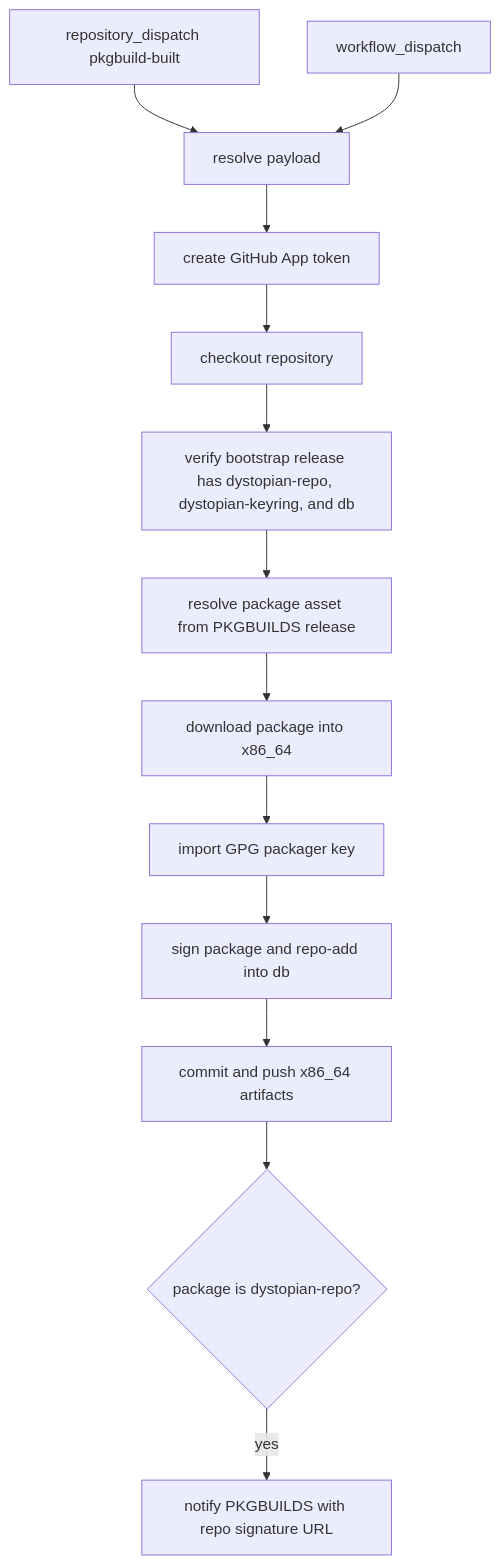
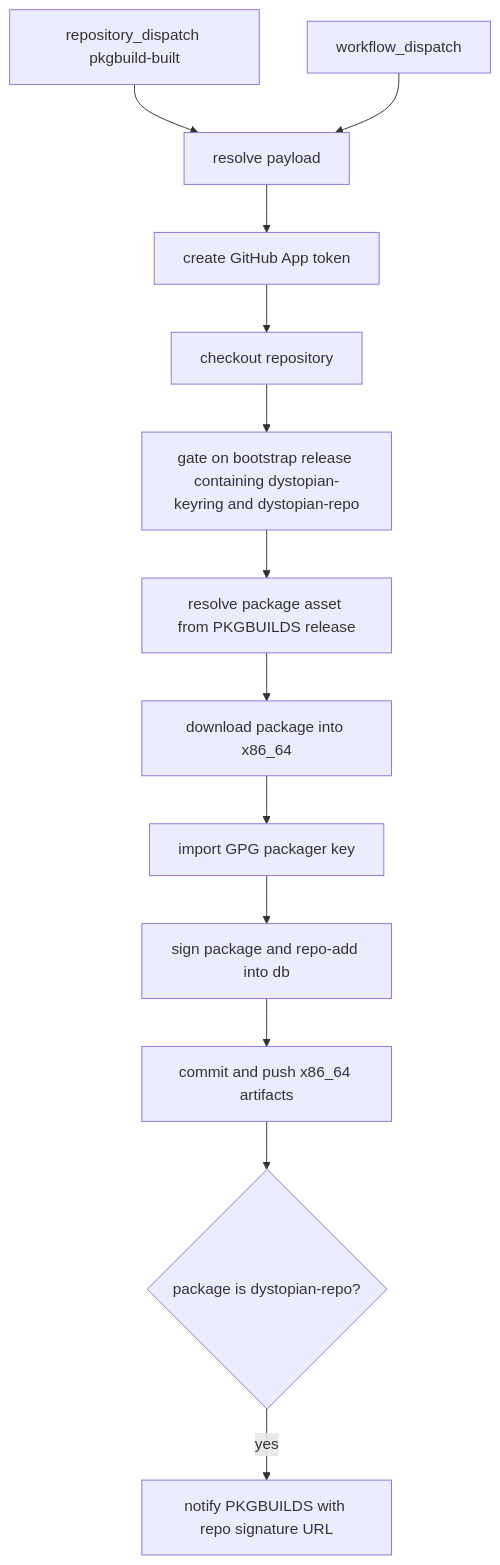
The diagram in .github/workflows/on_pkgbuild_version_bump.mmd (DystopianOS/repo), drawn with Mermaid before and after one commit. The commit also changed 2 other files, not shown here.

Commit message:
Clarify bootstrap package gate

```diff
--- a/.github/workflows/on_pkgbuild_version_bump.mmd
+++ b/.github/workflows/on_pkgbuild_version_bump.mmd
@@ -1,14 +1,14 @@
 flowchart TD
   A[repository_dispatch pkgbuild-built] --> B[resolve payload]
   C[workflow_dispatch] --> B
 
   B --> D[create GitHub App token]
   D --> E[checkout repository]
-  E --> F[verify bootstrap release has dystopian-repo, dystopian-keyring, and db]
+  E --> F[gate on bootstrap release containing dystopian-keyring and dystopian-repo]
   F --> G[resolve package asset from PKGBUILDS release]
   G --> H[download package into x86_64]
   H --> I[import GPG packager key]
   I --> J[sign package and repo-add into db]
   J --> K[commit and push x86_64 artifacts]
   K --> L{package is dystopian-repo?}
   L -- yes --> M[notify PKGBUILDS with repo signature URL]
```
